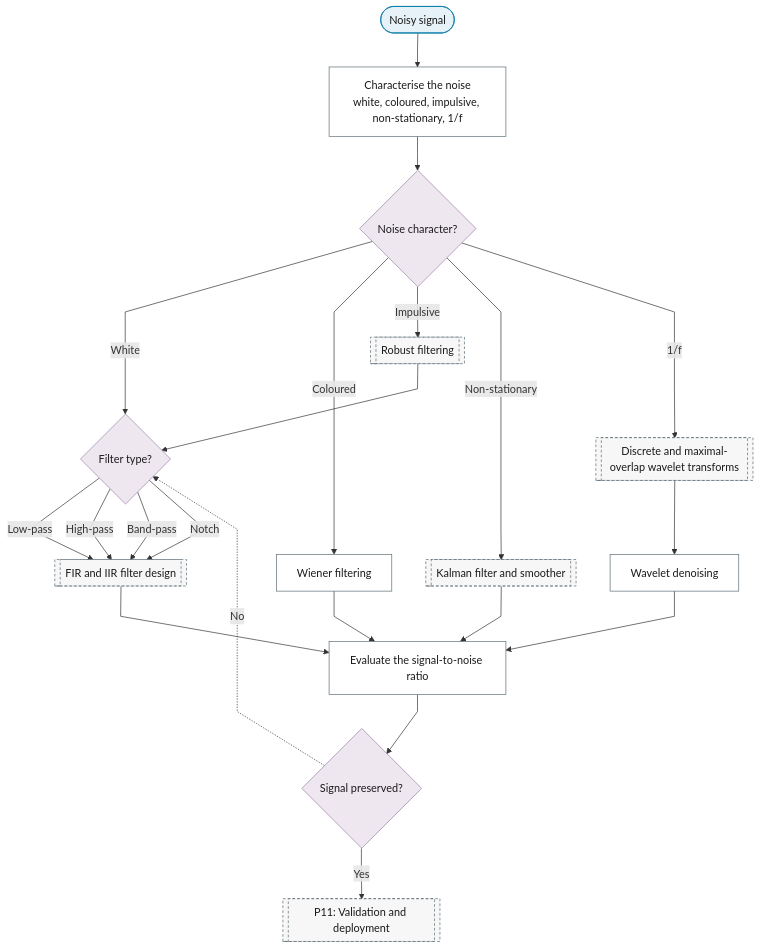
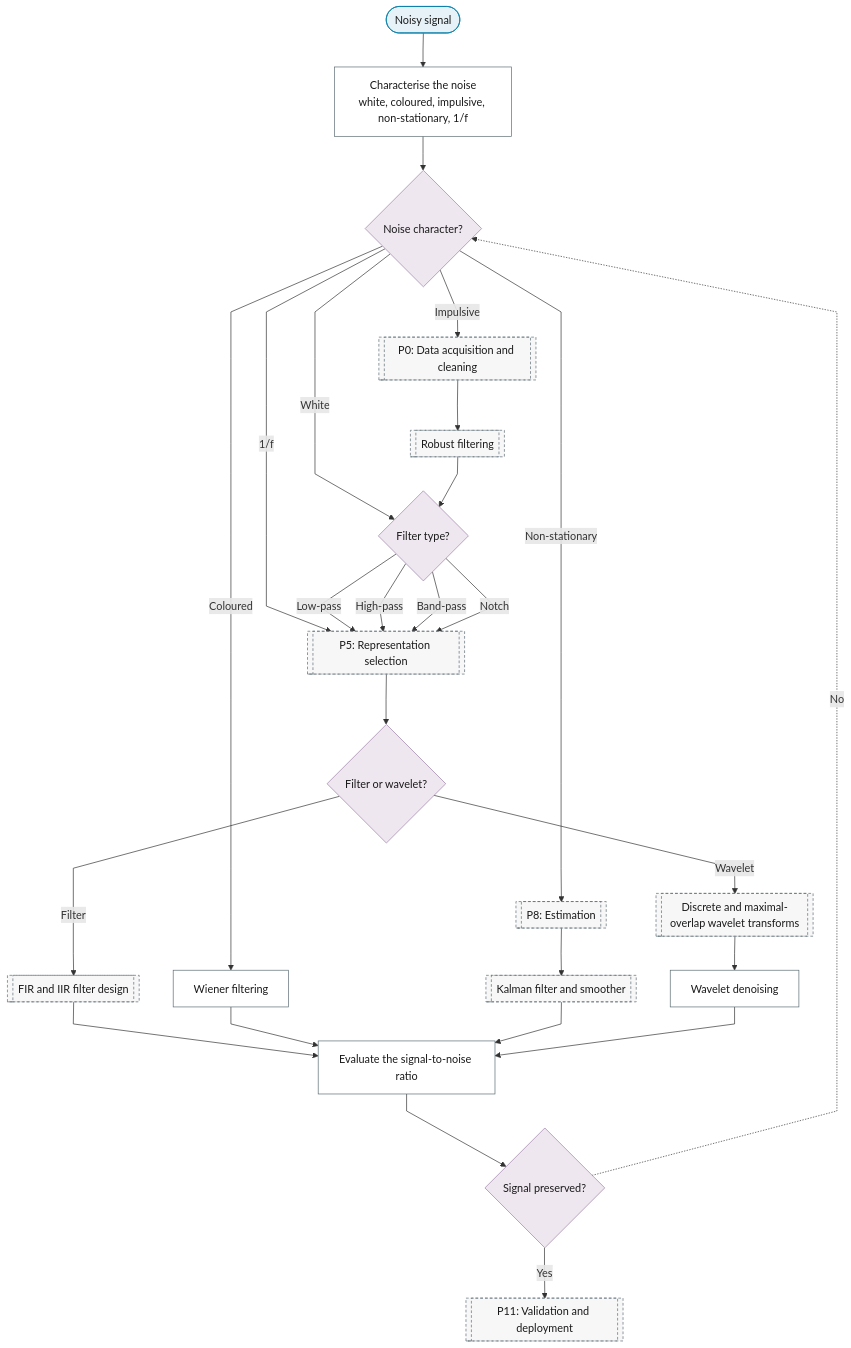
The diagram in docs/01-workflow/p02-purpose/03-signal-extraction.md (Shuxin-Y/time-series-analysis-manual), drawn with Mermaid before and after one commit. The commit also changed 12 other files, not shown here.

First line of the commit message:
fix(flowchart): purpose charts index the spine in phase order (rev1 M3)

````diff
--- a/docs/01-workflow/p02-purpose/03-signal-extraction.md
+++ b/docs/01-workflow/p02-purpose/03-signal-extraction.md
@@ -7,33 +7,38 @@
 ```mermaid
 %%{init: {"flowchart": {"curve": "linear"}}}%%
 graph TD
     P2_SE_IN(["Noisy signal"]) --> P2_SE_NOISE_TYPE["Characterise the noise<br/>white, coloured, impulsive, non-stationary, 1/f"]
     P2_SE_NOISE_TYPE --> P2_SE_NOISE_Q{"Noise character?"}
     P2_SE_NOISE_Q -->|"White"| P2_SE_FILTER_Q
     P2_SE_NOISE_Q -->|"Coloured"| P2_SE_WIENER["Wiener filtering"]
-    P2_SE_NOISE_Q -->|"Impulsive"| P0_ROBUST_FILTER[["Robust filtering"]]
-    P2_SE_NOISE_Q -->|"Non-stationary"| P8_KALMAN[["Kalman filter and smoother"]]
-    P2_SE_NOISE_Q -->|"1/f"| P5_TF_DWT[["Discrete and maximal-overlap wavelet transforms"]]
+    P2_SE_NOISE_Q -->|"Impulsive"| P0[["P0: Data acquisition and cleaning"]]
+    P2_SE_NOISE_Q -->|"Non-stationary"| P8[["P8: Estimation"]]
+    P2_SE_NOISE_Q -->|"1/f"| P5
+    P0 --> P0_ROBUST_FILTER[["Robust filtering"]]
     P0_ROBUST_FILTER --> P2_SE_FILTER_Q{"Filter type?"}
-    P2_SE_FILTER_Q -->|"Low-pass"| P5_FD_FILTERS[["FIR and IIR filter design"]]
-    P2_SE_FILTER_Q -->|"High-pass"| P5_FD_FILTERS
-    P2_SE_FILTER_Q -->|"Band-pass"| P5_FD_FILTERS
-    P2_SE_FILTER_Q -->|"Notch"| P5_FD_FILTERS
+    P2_SE_FILTER_Q -->|"Low-pass"| P5[["P5: Representation selection"]]
+    P2_SE_FILTER_Q -->|"High-pass"| P5
+    P2_SE_FILTER_Q -->|"Band-pass"| P5
+    P2_SE_FILTER_Q -->|"Notch"| P5
+    P5 --> P2_SE_TRANSFORM{"Filter or wavelet?"}
+    P2_SE_TRANSFORM -->|"Filter"| P5_FD_FILTERS[["FIR and IIR filter design"]]
+    P2_SE_TRANSFORM -->|"Wavelet"| P5_TF_DWT[["Discrete and maximal-overlap wavelet transforms"]]
     P5_TF_DWT --> P2_SE_WAVELET_DENOISING["Wavelet denoising"]
+    P8 --> P8_KALMAN[["Kalman filter and smoother"]]
     P5_FD_FILTERS & P2_SE_WIENER & P8_KALMAN & P2_SE_WAVELET_DENOISING --> P2_SE_SNR["Evaluate the signal-to-noise ratio"]
     P2_SE_SNR --> P2_SE_OK{"Signal preserved?"}
-    P2_SE_OK -.->|"No"| P2_SE_FILTER_Q
+    P2_SE_OK -.->|"No"| P2_SE_NOISE_Q
     P2_SE_OK -->|"Yes"| P11[["P11: Validation and deployment"]]
     class P2_SE_IN terminator
-    class P2_SE_NOISE_Q,P2_SE_FILTER_Q,P2_SE_OK decision
+    class P2_SE_NOISE_Q,P2_SE_FILTER_Q,P2_SE_TRANSFORM,P2_SE_OK decision
     class P2_SE_NOISE_TYPE,P2_SE_WIENER,P2_SE_WAVELET_DENOISING,P2_SE_SNR process
-    class P0_ROBUST_FILTER,P8_KALMAN,P5_TF_DWT,P5_FD_FILTERS,P11 ref
+    class P0,P8,P0_ROBUST_FILTER,P5,P5_FD_FILTERS,P5_TF_DWT,P8_KALMAN,P11 ref
     classDef terminator fill:#E6F2F7,stroke:#007BA7,color:#1A1A1A;
     classDef process fill:#FFFFFF,stroke:#5A6B73,color:#1A1A1A;
     classDef decision fill:#EFE7F0,stroke:#9B7FA7,color:#1A1A1A;
     classDef data fill:#FFF4E0,stroke:#C9A55E,color:#1A1A1A;
     classDef good fill:#DCEFD8,stroke:#4A7A3F,color:#1A1A1A;
     classDef escalate fill:#FFE9C2,stroke:#C9A55E,color:#1A1A1A;
     classDef problem fill:#F2D9DE,stroke:#800020,color:#1A1A1A;
     classDef ref fill:#F7F7F7,stroke:#5A6B73,color:#1A1A1A,stroke-dasharray:4 3;
 ```
````
